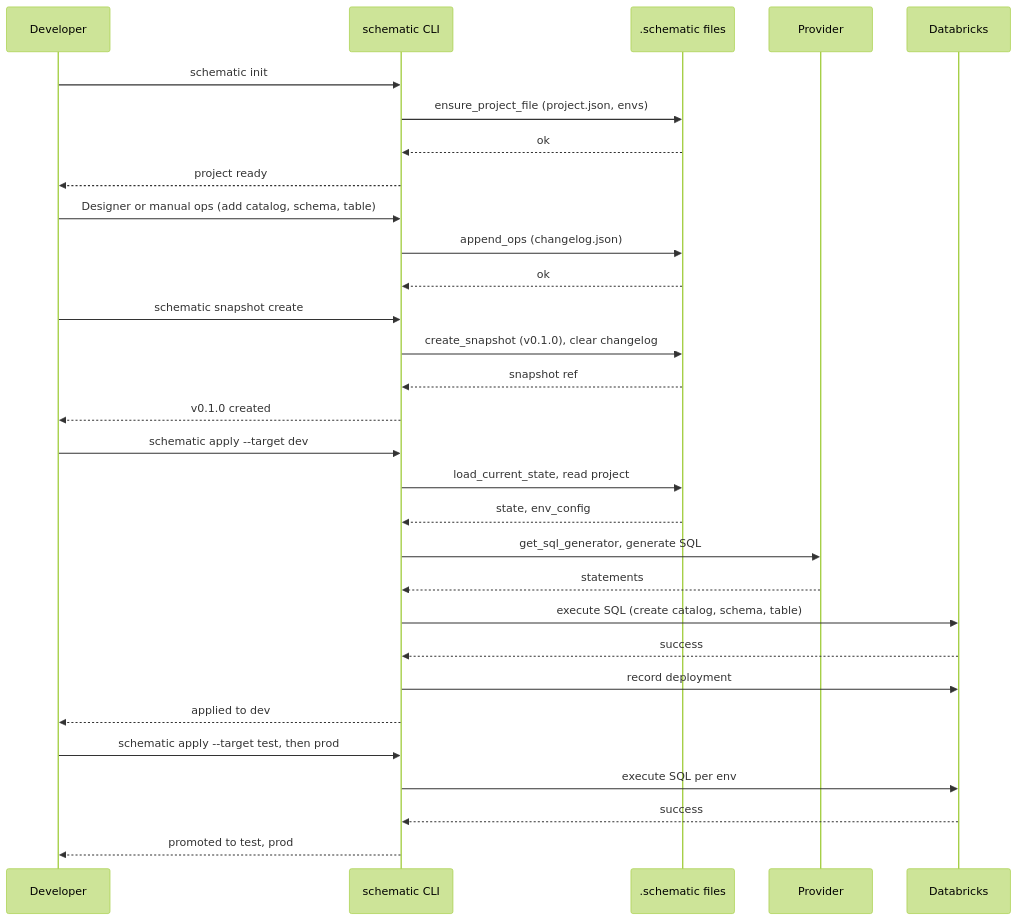
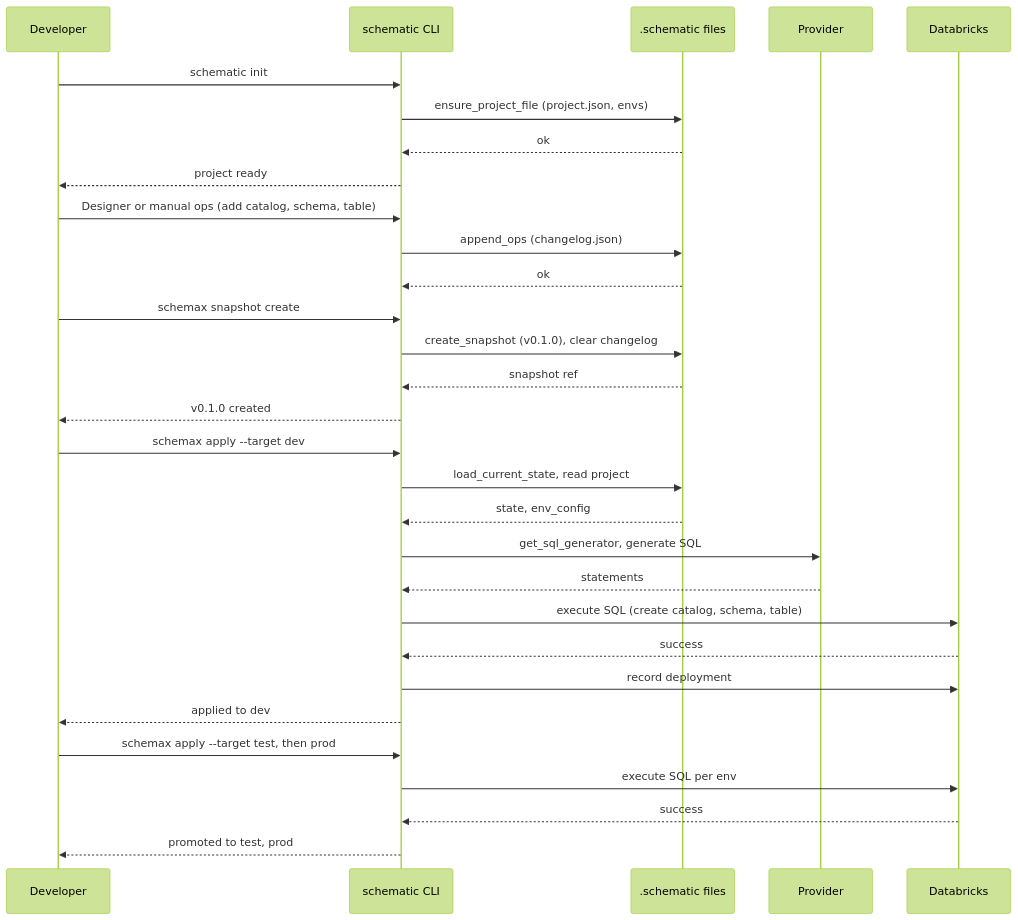
Before and after one commit to vb-dbrks/schemax: the first of 6 diagrams in docs/WORKFLOWS.md, drawn with Mermaid (forest theme). The commit also changed other lines of this file and 204 other files, not shown here.

````diff
--- a/docs/WORKFLOWS.md
+++ b/docs/WORKFLOWS.md
@@ -38,37 +38,37 @@
 ```mermaid
 sequenceDiagram
   participant Dev as Developer
   participant CLI as schematic CLI
   participant Storage as .schematic files
   participant Provider as Provider
   participant DB as Databricks
 
   Dev->>CLI: schematic init
   CLI->>Storage: ensure_project_file (project.json, envs)
   Storage-->>CLI: ok
   CLI-->>Dev: project ready
 
   Dev->>CLI: Designer or manual ops (add catalog, schema, table)
   CLI->>Storage: append_ops (changelog.json)
   Storage-->>CLI: ok
 
-  Dev->>CLI: schematic snapshot create
+  Dev->>CLI: schemax snapshot create
   CLI->>Storage: create_snapshot (v0.1.0), clear changelog
   Storage-->>CLI: snapshot ref
   CLI-->>Dev: v0.1.0 created
 
-  Dev->>CLI: schematic apply --target dev
+  Dev->>CLI: schemax apply --target dev
   CLI->>Storage: load_current_state, read project
   Storage-->>CLI: state, env_config
   CLI->>Provider: get_sql_generator, generate SQL
   Provider-->>CLI: statements
   CLI->>DB: execute SQL (create catalog, schema, table)
   DB-->>CLI: success
   CLI->>DB: record deployment
   CLI-->>Dev: applied to dev
 
-  Dev->>CLI: schematic apply --target test, then prod
+  Dev->>CLI: schemax apply --target test, then prod
   CLI->>DB: execute SQL per env
   DB-->>CLI: success
   CLI-->>Dev: promoted to test, prod
 ```
````
